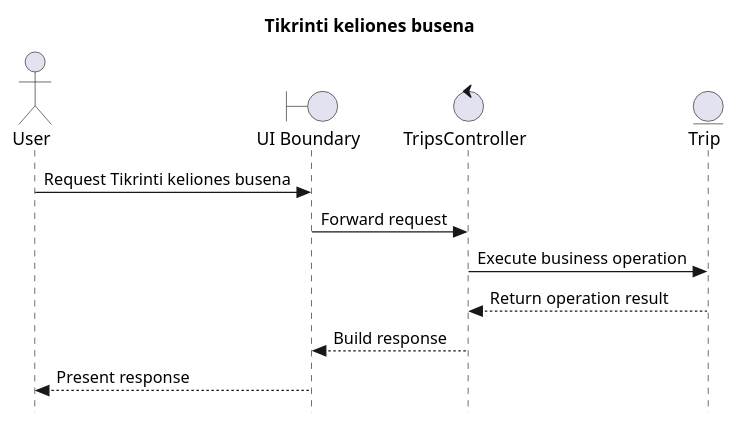
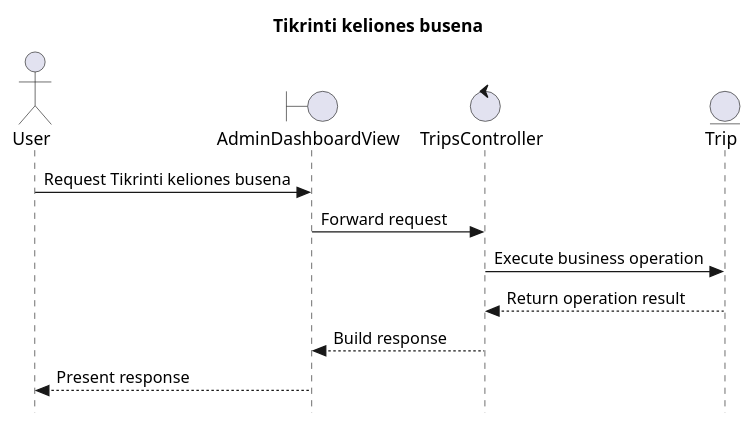
Before and after one commit to SauliusDev/ps-projektas: the diagram in _refs/diagrams-new/sequence/Tikrinti_keliones_busena.puml, drawn with PlantUML. The commit also changed 40 other files, not shown here.

Commit message:
fix: align sequence stubs with BCE semantics

```diff
--- a/_refs/diagrams-new/sequence/Tikrinti_keliones_busena.puml
+++ b/_refs/diagrams-new/sequence/Tikrinti_keliones_busena.puml
@@ -1,17 +1,17 @@
 @startuml
 skinparam style strictuml
 
 title Tikrinti keliones busena
 
 actor "User" as user
-boundary "UI Boundary" as ui
+boundary "AdminDashboardView" as ui
 control "TripsController" as tripsController
 entity "Trip" as trip
 
 user -> ui: Request Tikrinti keliones busena
 ui -> tripsController: Forward request
 tripsController -> trip: Execute business operation
 trip --> tripsController: Return operation result
 tripsController --> ui: Build response
 ui --> user: Present response
 @enduml
```
